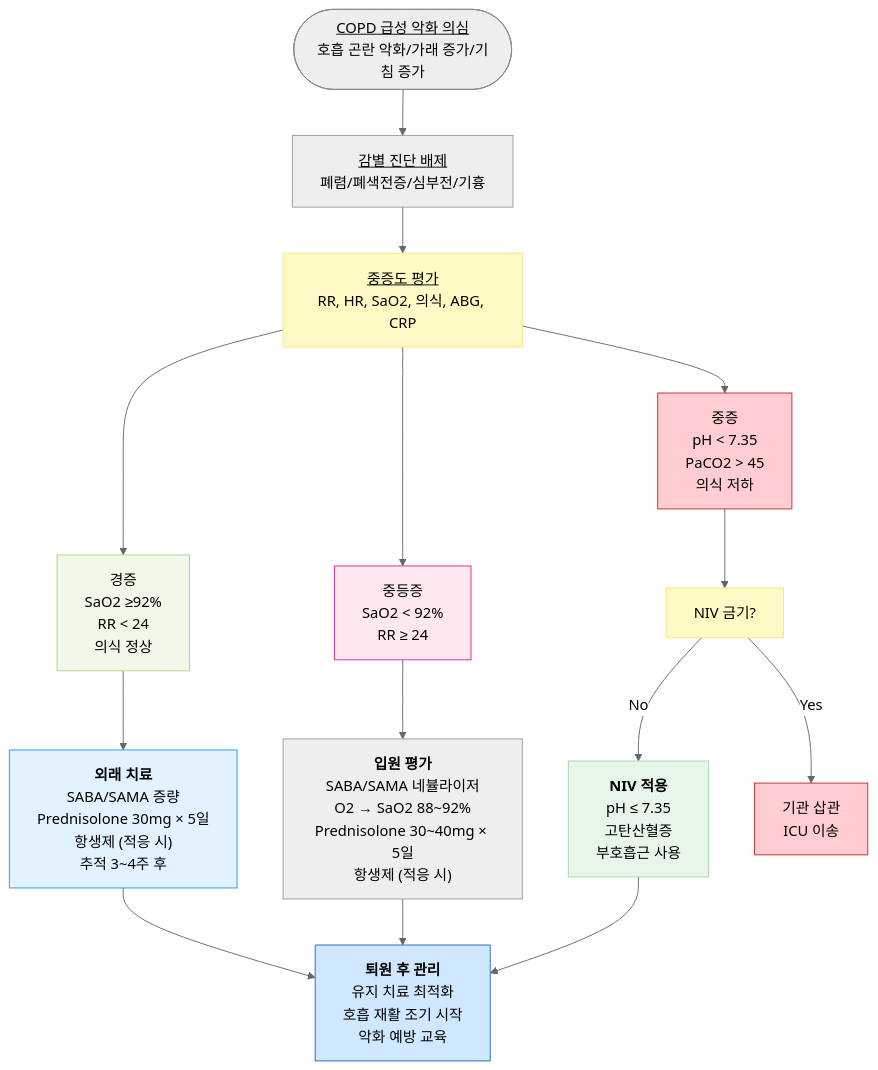
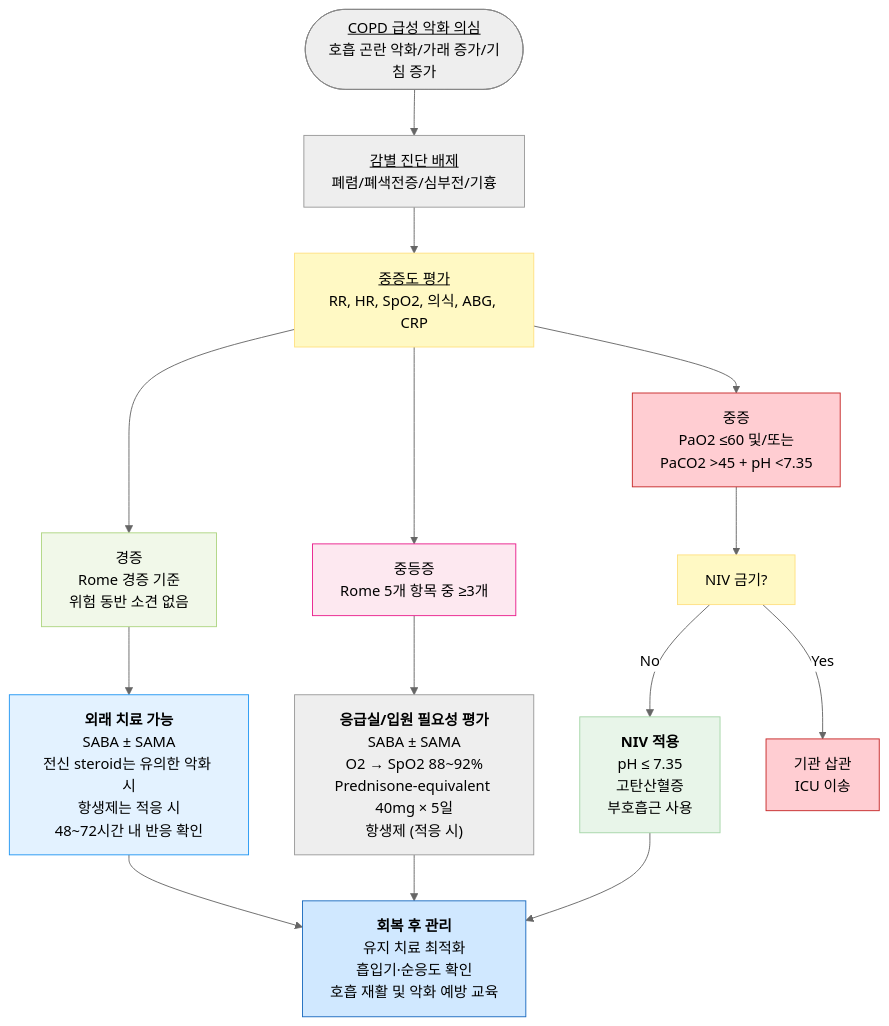
One commit to familyoh77/familyoh77 changed the third of 3 diagrams in 223_/072_-copd.md. Above: the diagram before and after it, drawn with Mermaid (neutral theme). The commit also changed other lines of this file and 7 other files, not shown here.

````diff
--- a/223_/072_-copd.md
+++ b/223_/072_-copd.md
@@ -583,34 +578,34 @@
 ```mermaid
 flowchart TD
     Start(["<u>COPD 급성 악화 의심</u><br/>호흡 곤란 악화/가래 증가/기침 증가"])
 
     Start --> Diff["<u>감별 진단 배제</u><br/>폐렴/폐색전증/심부전/기흉"]
-    Diff --> Severity["<u>중증도 평가</u><br/>RR, HR, SaO2, 의식, ABG, CRP"]
+    Diff --> Severity["<u>중증도 평가</u><br/>RR, HR, SpO2, 의식, ABG, CRP"]
 
-    Severity --> Mild["경증<br/>SaO2 ≥92%<br/>RR &lt; 24<br/>의식 정상"]
-    Severity --> Moderate["중등증<br/>SaO2 &lt; 92%<br/>RR ≥ 24"]
-    Severity --> Severe["중증<br/>pH &lt; 7.35<br/>PaCO2 &gt; 45<br/>의식 저하"]
+    Severity --> Mild["경증<br/>Rome 경증 기준<br/>위험 동반 소견 없음"]
+    Severity --> Moderate["중등증<br/>Rome 5개 항목 중 ≥3개"]
+    Severity --> Severe["중증<br/>PaO2 ≤60 및/또는<br/>PaCO2 &gt;45 + pH &lt;7.35"]
 
-    Mild --> OutTx["<b>외래 치료</b><br/>SABA/SAMA 증량<br/>Prednisolone 30mg × 5일<br/>항생제 (적응 시)<br/>추적 3~4주 후"]
+    Mild --> OutTx["<b>외래 치료 가능</b><br/>SABA ± SAMA<br/>전신 steroid는 유의한 악화 시<br/>항생제는 적응 시<br/>48~72시간 내 반응 확인"]
 
-    Moderate --> HospTx["<b>입원 평가</b><br/>SABA/SAMA 네뷸라이저<br/>O2 → SaO2 88~92%<br/>Prednisolone 30~40mg × 5일<br/>항생제 (적응 시)"]
+    Moderate --> HospTx["<b>응급실/입원 필요성 평가</b><br/>SABA ± SAMA<br/>O2 → SpO2 88~92%<br/>Prednisone-equivalent 40mg × 5일<br/>항생제 (적응 시)"]
 
     Severe --> NIVcheck["NIV 금기?"]
     NIVcheck -->|"No"| NIV["<b>NIV 적용</b><br/>pH ≤ 7.35<br/>고탄산혈증<br/>부호흡근 사용"]
     NIVcheck -->|"Yes"| Intubation["기관 삽관<br/>ICU 이송"]
 
-    OutTx --> Followup["<b>퇴원 후 관리</b><br/>유지 치료 최적화<br/>호흡 재활 조기 시작<br/>악화 예방 교육"]
+    OutTx --> Followup["<b>회복 후 관리</b><br/>유지 치료 최적화<br/>흡입기·순응도 확인<br/>호흡 재활 및 악화 예방 교육"]
     HospTx --> Followup
     NIV --> Followup
 
     style Start fill:#eeeeee,stroke:#888888
     style Mild fill:#f1f8e9,stroke:#aed581
     style Moderate fill:#fde8f0,stroke:#e91e8c
     style NIV fill:#e8f5e9,stroke:#a5d6a7
 classDef yellow fill:#fff9c4,stroke:#ffe082    
 class Severity,NIVcheck yellow
 classDef red fill:#ffcdd2,stroke:#c62828
 class Severe,Intubation red
     style Followup fill:#d0e8ff,stroke:#1a6abf
     style OutTx fill:#e3f2ff,stroke:#2196f3
 ```
````
